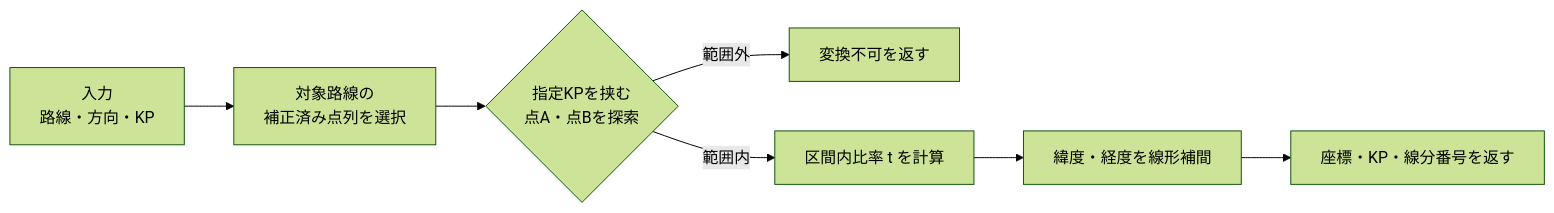
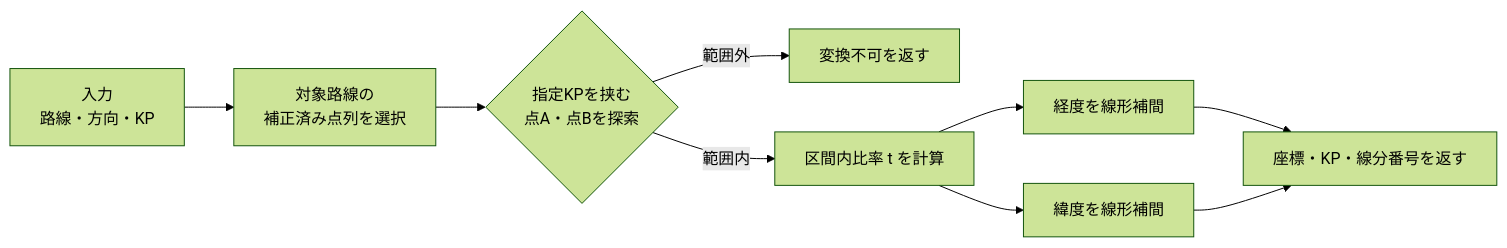
The first of 3 diagrams in docs/kp-coordinate-algorithms.md (shoxtechlab/highway-kp-viewer-public), drawn with Mermaid (forest theme) before and after one commit. The commit also changed other lines of this file and 11 other files, not shown here.

````diff
--- a/docs/kp-coordinate-algorithms.md
+++ b/docs/kp-coordinate-algorithms.md
@@ -7,9 +13,11 @@
 ```mermaid
 flowchart LR
   A[入力<br>路線・方向・KP] --> B[対象路線の<br>補正済み点列を選択]
   B --> C{指定KPを挟む<br>点A・点Bを探索}
   C -->|範囲外| X[変換不可を返す]
   C -->|範囲内| D[区間内比率 t を計算]
-  D --> E[緯度・経度を線形補間]
-  E --> F[座標・KP・線分番号を返す]
+  D --> E[経度を線形補間]
+  D --> F[緯度を線形補間]
+  E --> G[座標・KP・線分番号を返す]
+  F --> G
 ```
````
